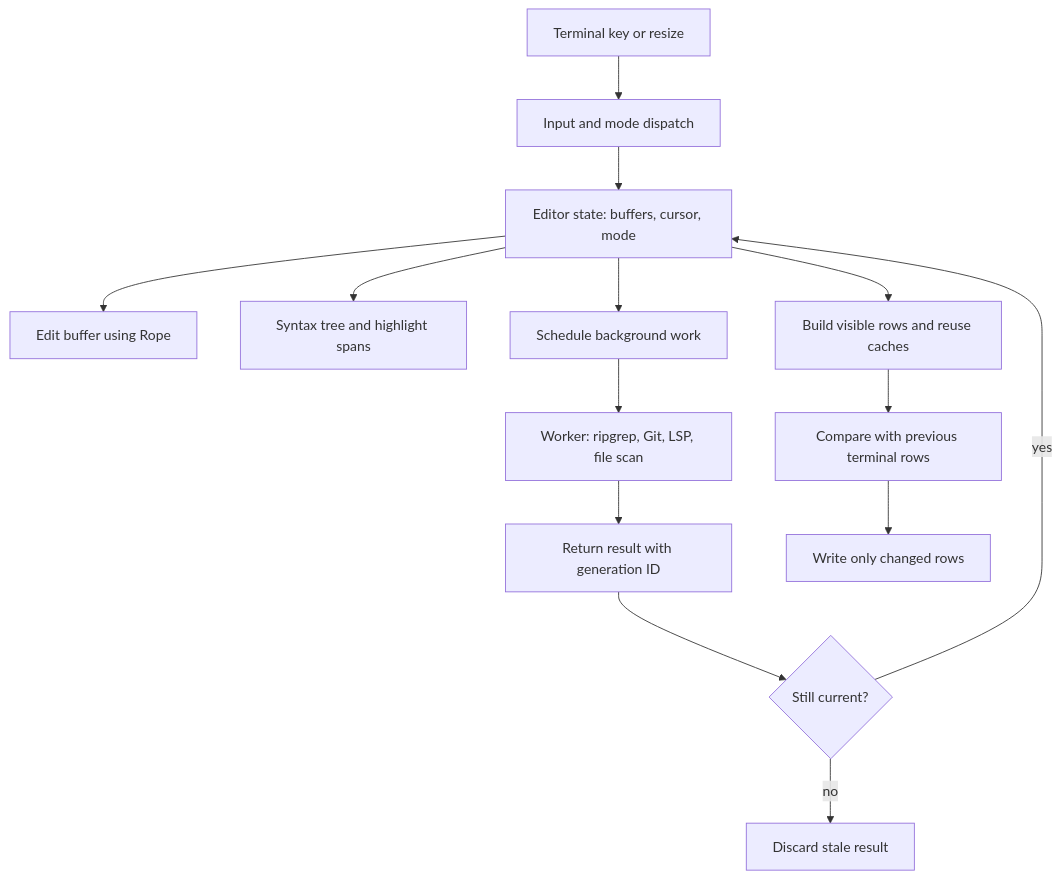
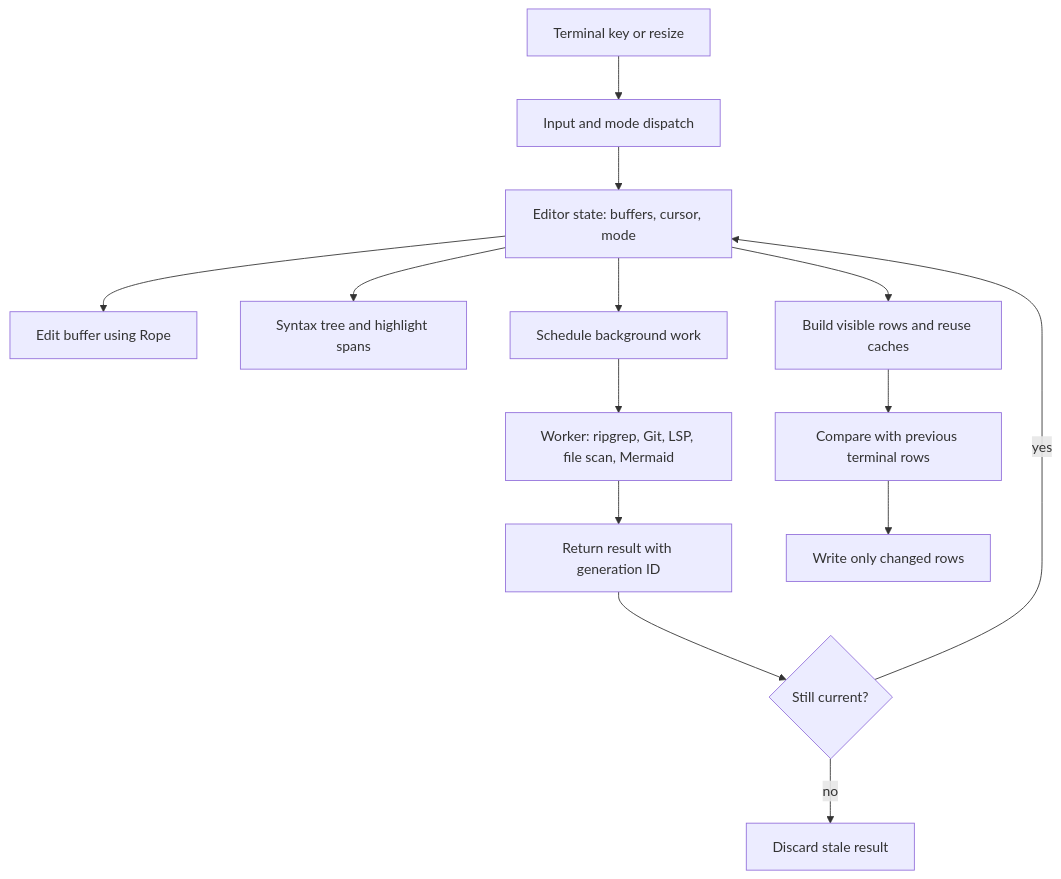
One commit to krshrimali/vaayu changed the diagram in TECHNICAL_DECISIONS.md. Above: the diagram before and after it, drawn with Mermaid. The commit also changed other lines of this file and 39 other files, not shown here.

````diff
--- a/TECHNICAL_DECISIONS.md
+++ b/TECHNICAL_DECISIONS.md
@@ -13,16 +40,16 @@
 ```mermaid
 flowchart TD
     A[Terminal key or resize] --> B[Input and mode dispatch]
     B --> C[Editor state: buffers, cursor, mode]
     C --> D[Edit buffer using Rope]
     C --> E[Syntax tree and highlight spans]
     C --> F[Schedule background work]
-    F --> G[Worker: ripgrep, Git, LSP, file scan]
+    F --> G[Worker: ripgrep, Git, LSP, file scan, Mermaid]
     G --> H[Return result with generation ID]
     H --> I{Still current?}
     I -- yes --> C
     I -- no --> J[Discard stale result]
     C --> K[Build visible rows and reuse caches]
     K --> L[Compare with previous terminal rows]
     L --> M[Write only changed rows]
 ```
````
